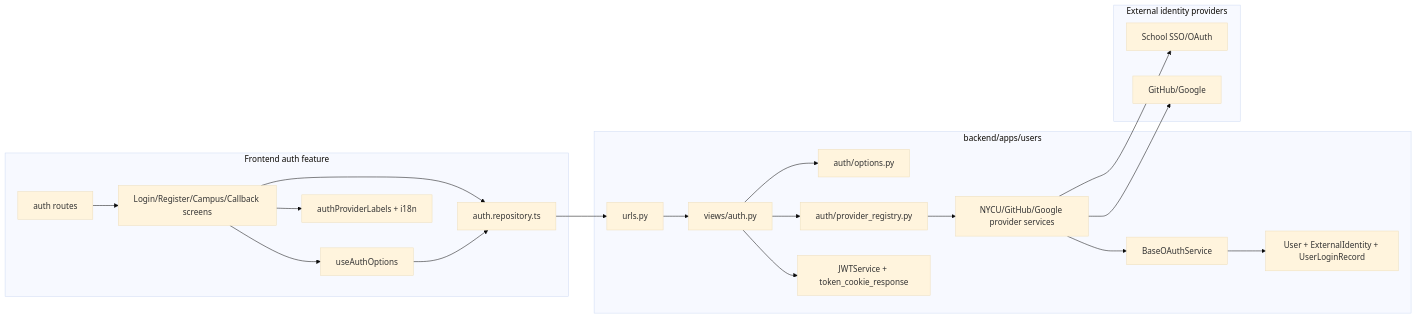
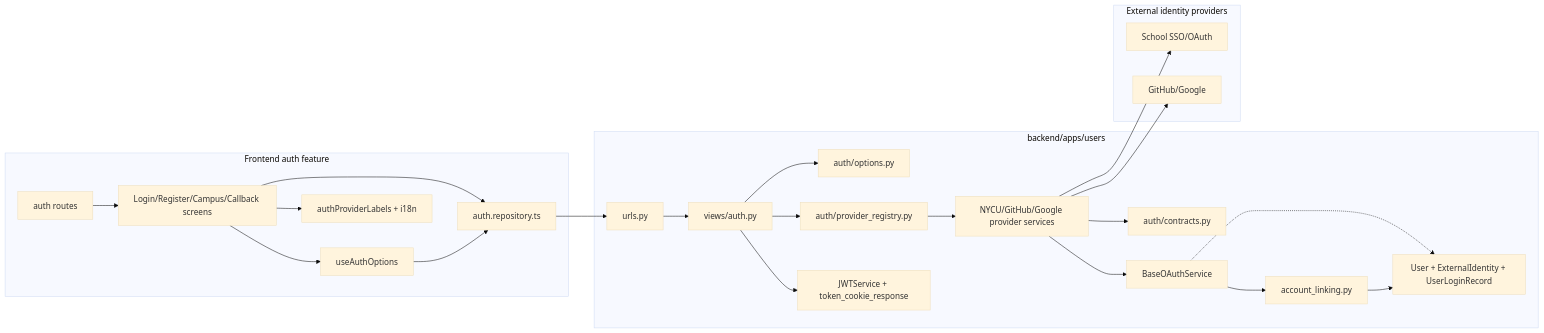
One commit to quan0715/QJudge changed the first of 6 diagrams in frontend/public/docs/zh-TW/identity-auth-extension.md. Above: the diagram before and after it, drawn with Mermaid (base theme). The commit also changed other lines of this file and 44 other files, not shown here.

Commit message:
feat: refresh auth providers and exam monitoring

````diff
--- a/frontend/public/docs/zh-TW/identity-auth-extension.md
+++ b/frontend/public/docs/zh-TW/identity-auth-extension.md
@@ -85,42 +88,47 @@
 ```mermaid
 flowchart LR
     subgraph FE["Frontend auth feature"]
         Routes["auth routes"]
         Screens["Login/Register/Campus/Callback screens"]
         OptionsHook["useAuthOptions"]
         Repo["auth.repository.ts"]
         Labels["authProviderLabels + i18n"]
     end
 
     subgraph API["backend/apps/users"]
         Urls["urls.py"]
         Views["views/auth.py"]
         Options["auth/options.py"]
         Registry["auth/provider_registry.py"]
+        Contracts["auth/contracts.py"]
         Base["BaseOAuthService"]
+        AccountLinking["account_linking.py"]
         Providers["NYCU/GitHub/Google provider services"]
         Models["User + ExternalIdentity + UserLoginRecord"]
         JWT["JWTService + token_cookie_response"]
     end
 
     subgraph IdP["External identity providers"]
         School["School SSO/OAuth"]
         Social["GitHub/Google"]
     end
 
     Routes --> Screens
     Screens --> OptionsHook
     Screens --> Repo
     OptionsHook --> Repo
     Screens --> Labels
     Repo --> Urls
     Urls --> Views
     Views --> Options
     Views --> Registry
     Registry --> Providers
+    Providers --> Contracts
     Providers --> Base
-    Base --> Models
+    Base --> AccountLinking
+    Base -.-> Models
+    AccountLinking --> Models
     Views --> JWT
     Providers --> School
     Providers --> Social
 ```
````
